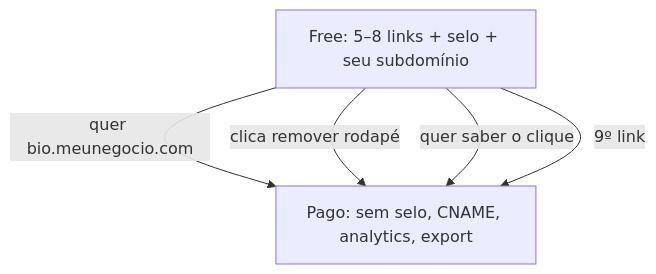
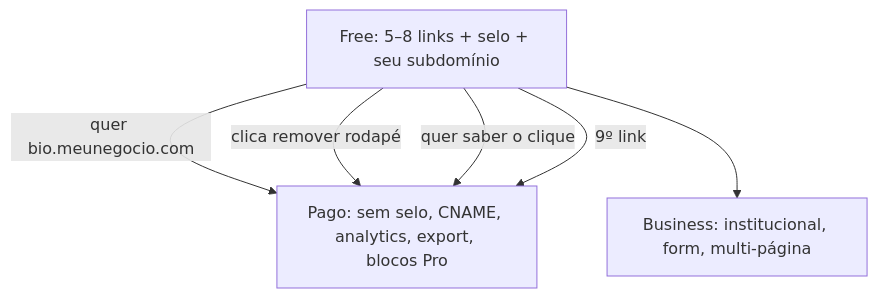
Before and after one commit to Jorge-William/link-na-bio: the second of 2 diagrams in docs/freemium.md, drawn with Mermaid. The commit also changed other lines of this file and 7 other files, not shown here.

````diff
--- a/docs/freemium.md
+++ b/docs/freemium.md
@@ -35,9 +36,11 @@
 ```mermaid
 flowchart TB
   Free[Free: 5–8 links + selo + seu subdomínio]
   Free -->|quer bio.meunegocio.com| Pago
   Free -->|clica remover rodapé| Pago
   Free -->|quer saber o clique| Pago
   Free -->|9º link| Pago
-  Pago[Pago: sem selo, CNAME, analytics, export]
+  Pago[Pago: sem selo, CNAME, analytics, export, blocos Pro]
+  Biz[Business: institucional, form, multi-página]
+  Free --> Biz
 ```
````
